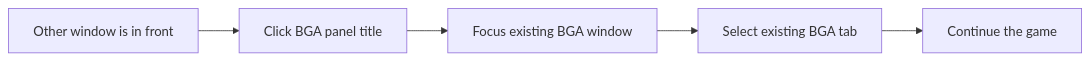
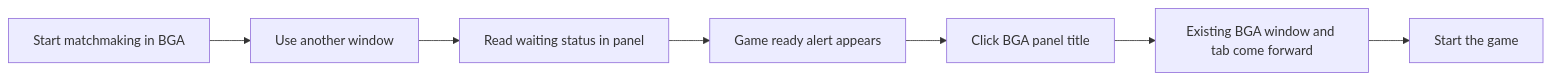
One commit to wbniv/bga-title-tray changed the second of 2 diagrams in docs/plans/2026-10-18-promo-video.md. Above: the diagram before and after it, drawn with Mermaid. The commit also changed other lines of this file, not shown here.

Commit message:
Show waiting for a game in promo plan

````diff
--- a/docs/plans/2026-10-18-promo-video.md
+++ b/docs/plans/2026-10-18-promo-video.md
@@ -94,7 +95,9 @@
 ```mermaid
 flowchart LR
-    A[Other window is in front] --> B[Click BGA panel title]
-    B --> C[Focus existing BGA window]
-    C --> D[Select existing BGA tab]
-    D --> E[Continue the game]
+    A[Start matchmaking in BGA] --> B[Use another window]
+    B --> C[Read waiting status in panel]
+    C --> D[Game ready alert appears]
+    D --> E[Click BGA panel title]
+    E --> F[Existing BGA window and tab come forward]
+    F --> G[Start the game]
 ```
````
